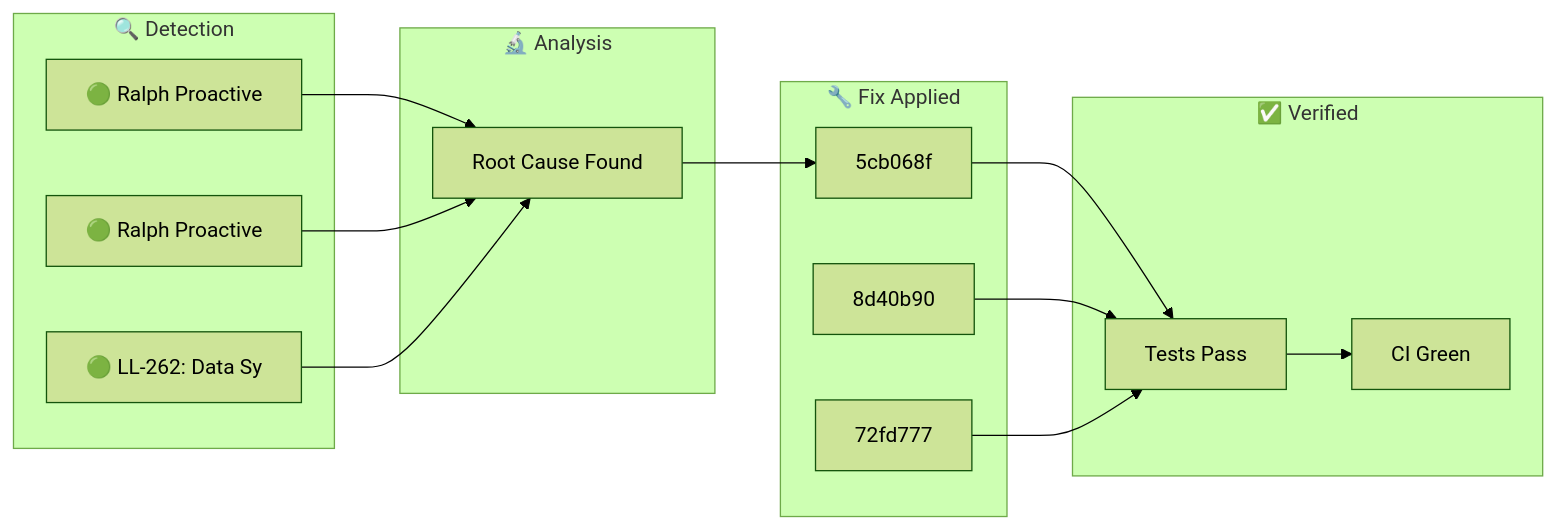
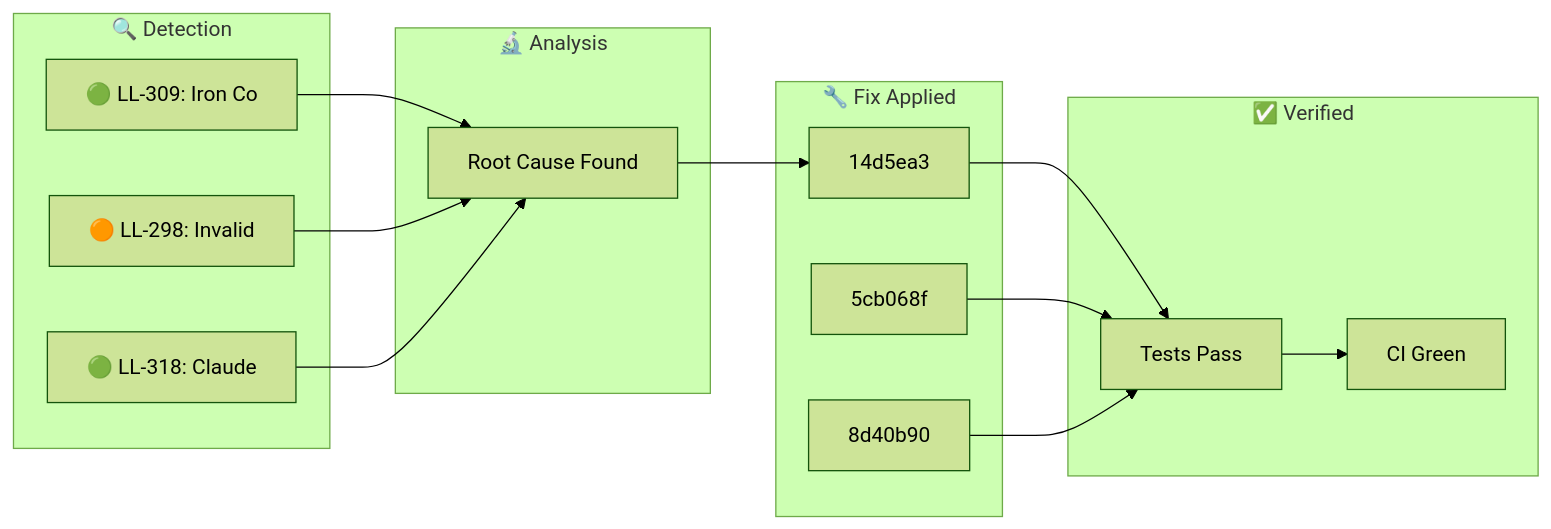
Before and after one commit to YoByron/trading: the diagram in docs/_posts/2026-01-30-ralph-discovery.md, drawn with Mermaid (forest theme). The commit also changed other lines of this file, not shown here.

Commit message:
docs(ralph): Auto-publish discovery blog post

````diff
--- a/docs/_posts/2026-01-30-ralph-discovery.md
+++ b/docs/_posts/2026-01-30-ralph-discovery.md
@@ -17,28 +17,28 @@
 ```mermaid
 flowchart LR
     subgraph Detection["🔍 Detection"]
-        D1["🟢 Ralph Proactive"]
-        D2["🟢 Ralph Proactive"]
-        D3["🟢 LL-262: Data Sy"]
+        D1["🟢 LL-309: Iron Co"]
+        D2["🟠 LL-298: Invalid"]
+        D3["🟢 LL-318: Claude "]
     end
     subgraph Analysis["🔬 Analysis"]
         A1["Root Cause Found"]
     end
     subgraph Fix["🔧 Fix Applied"]
-        F1["5cb068f"]
-        F2["8d40b90"]
-        F3["72fd777"]
+        F1["14d5ea3"]
+        F2["5cb068f"]
+        F3["8d40b90"]
     end
     subgraph Verify["✅ Verified"]
         V1["Tests Pass"]
         V2["CI Green"]
     end
     D1 --> A1
     D2 --> A1
     D3 --> A1
     A1 --> F1
     F1 --> V1
     F2 --> V1
     F3 --> V1
     V1 --> V2
 ```
````
